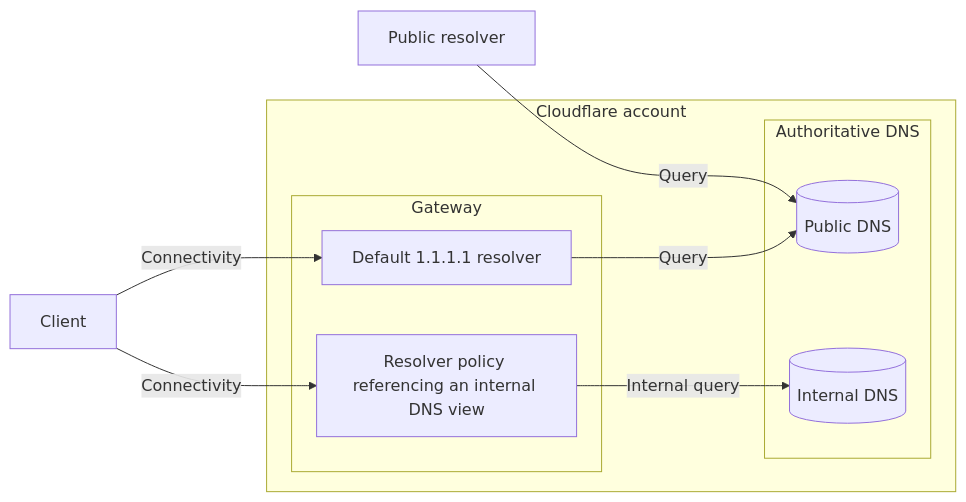
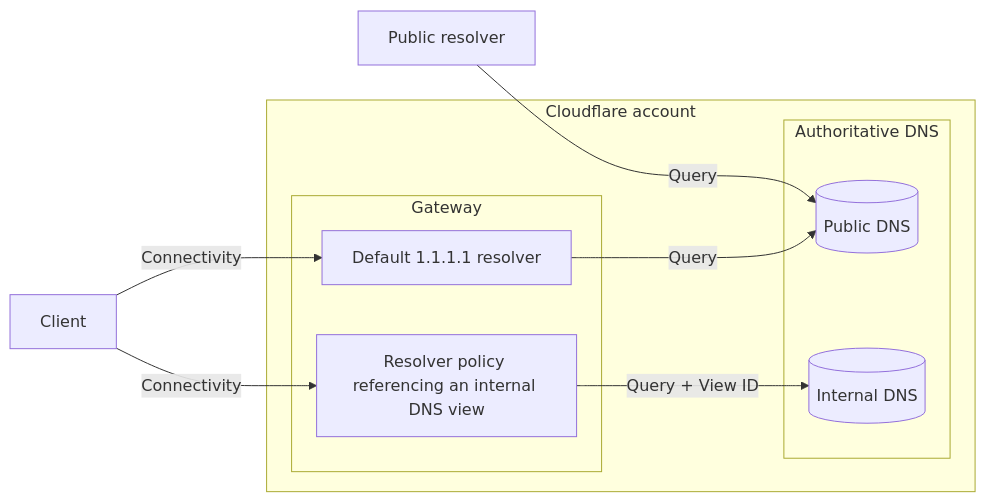
Before and after one commit to dub-lin/cloudflare-docs: the diagram in src/content/docs/dns/internal-dns/index.mdx, drawn with Mermaid. The commit also changed other lines of this file, not shown here.

Commit message:
Add explanatory paragraphs for architecture overview

````diff
--- a/src/content/docs/dns/internal-dns/index.mdx
+++ b/src/content/docs/dns/internal-dns/index.mdx
@@ -28,24 +30,24 @@
 ```mermaid
 flowchart LR
         accTitle: Internal DNS query overview
         accDescr: Diagram comparing internal DNS query with public DNS
         A[Client]
         subgraph Cloudflare account
         subgraph Gateway
 				B[Default 1.1.1.1 resolver]
         X[Resolver policy referencing an internal DNS view]
         end
         subgraph Authoritative DNS
         Y[(Public DNS)]
 				Z[(Internal DNS)]
         end
         end
 
 			  C[Public resolver]
 
         B --Query--> Y
-        X --Internal query--> Z
+        X --Query + View ID--> Z
         A --Connectivity--> B
 				A --Connectivity--> X
 				C --Query--> Y
 ```
````
